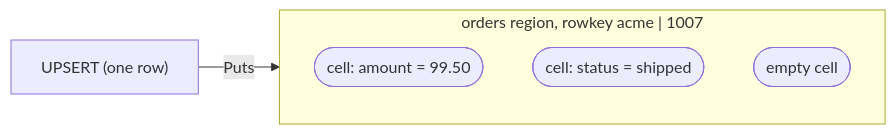
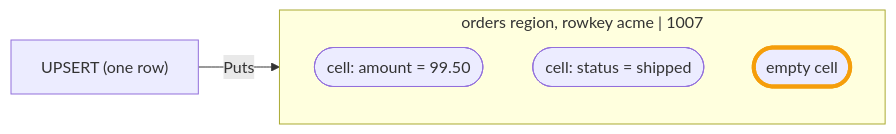
Before and after one commit to palashc/palashc.github.io: the first of 3 diagrams in src/content/blog/phoenix-fundamentals/query-and-upsert-execution.md, drawn with Mermaid. The commit also changed other lines of this file and 21 other files, not shown here.

````diff
--- a/src/content/blog/phoenix-fundamentals/query-and-upsert-execution.md
+++ b/src/content/blog/phoenix-fundamentals/query-and-upsert-execution.md
@@ -50,10 +50,11 @@
 ```mermaid
 flowchart LR
   up["UPSERT (one row)"]
   subgraph region ["orders region, rowkey acme | 1007"]
     p1(["cell: amount = 99.50"])
     p2(["cell: status = shipped"])
     p3(["empty cell"])
   end
   up -->|"Puts"| region
+  style p3 stroke:#f59e0b,stroke-width:4px
 ```
````
